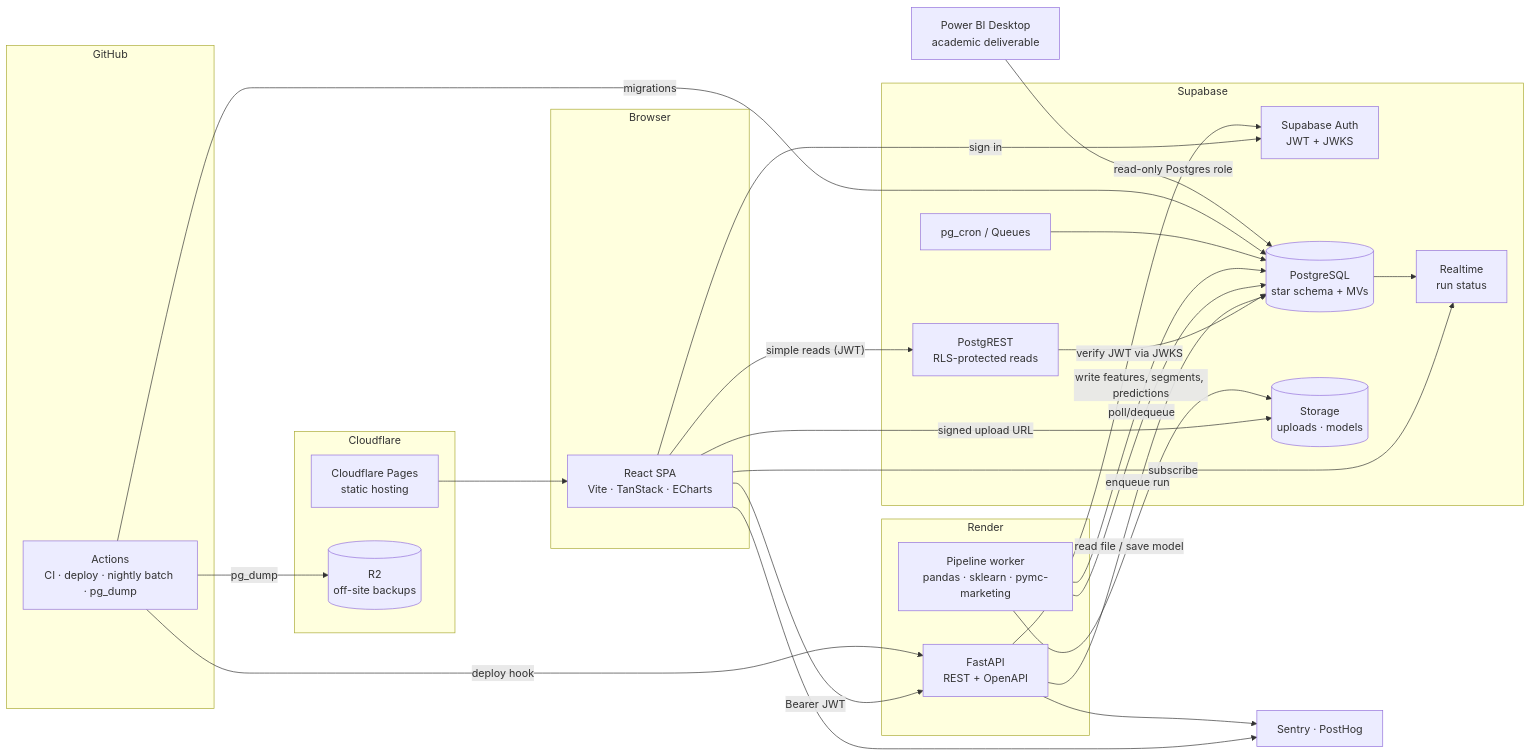
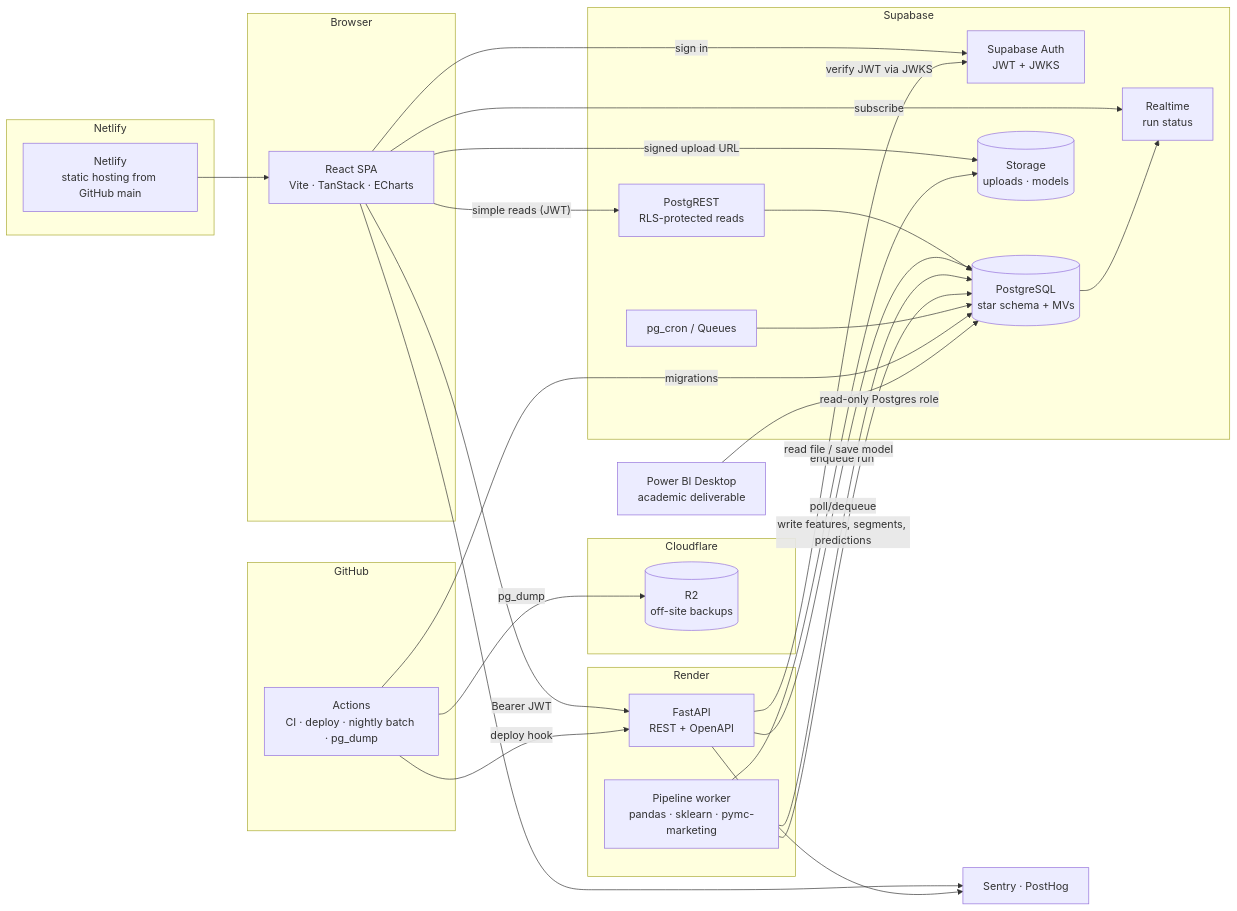
The diagram in research/tech-stack.md (fndungu2025/AGENT-001), drawn with Mermaid before and after one commit. The commit also changed other lines of this file and 3 other files, not shown here.

First line of the commit message:
Adopt Netlify for frontend hosting and add Firecrawl web research

````diff
--- a/research/tech-stack.md
+++ b/research/tech-stack.md
@@ -293,51 +300,54 @@
 ```mermaid
 flowchart LR
   subgraph Browser
     SPA[React SPA<br/>Vite · TanStack · ECharts]
   end
 
+  subgraph Netlify
+    CFP[Netlify<br/>static hosting from GitHub main]
+  end
+
   subgraph Cloudflare
-    CFP[Cloudflare Pages<br/>static hosting]
     R2[(R2<br/>off-site backups)]
   end
 
   subgraph Supabase
     AUTH[Supabase Auth<br/>JWT + JWKS]
     PGR[PostgREST<br/>RLS-protected reads]
     PG[(PostgreSQL<br/>star schema + MVs)]
     ST[(Storage<br/>uploads · models)]
     RT[Realtime<br/>run status]
     CRON[pg_cron / Queues]
   end
 
   subgraph Render
     API[FastAPI<br/>REST + OpenAPI]
     WK[Pipeline worker<br/>pandas · sklearn · pymc-marketing]
   end
 
   subgraph GitHub
     GHA[Actions<br/>CI · deploy · nightly batch · pg_dump]
   end
 
   OBS[Sentry · PostHog]
   BI[Power BI Desktop<br/>academic deliverable]
 
   CFP --> SPA
   SPA -- sign in --> AUTH
   SPA -- simple reads (JWT) --> PGR --> PG
   SPA -- signed upload URL --> ST
   SPA -- Bearer JWT --> API
   SPA -- subscribe --> RT
   API -- verify JWT via JWKS --> AUTH
   API -- enqueue run --> PG
   WK -- poll/dequeue --> PG
   WK -- read file / save model --> ST
   WK -- write features, segments, predictions --> PG
   PG --> RT
   CRON --> PG
   GHA -- migrations --> PG
   GHA -- deploy hook --> API
   GHA -- pg_dump --> R2
   SPA & API --> OBS
   BI -- read-only Postgres role --> PG
 ```
````
